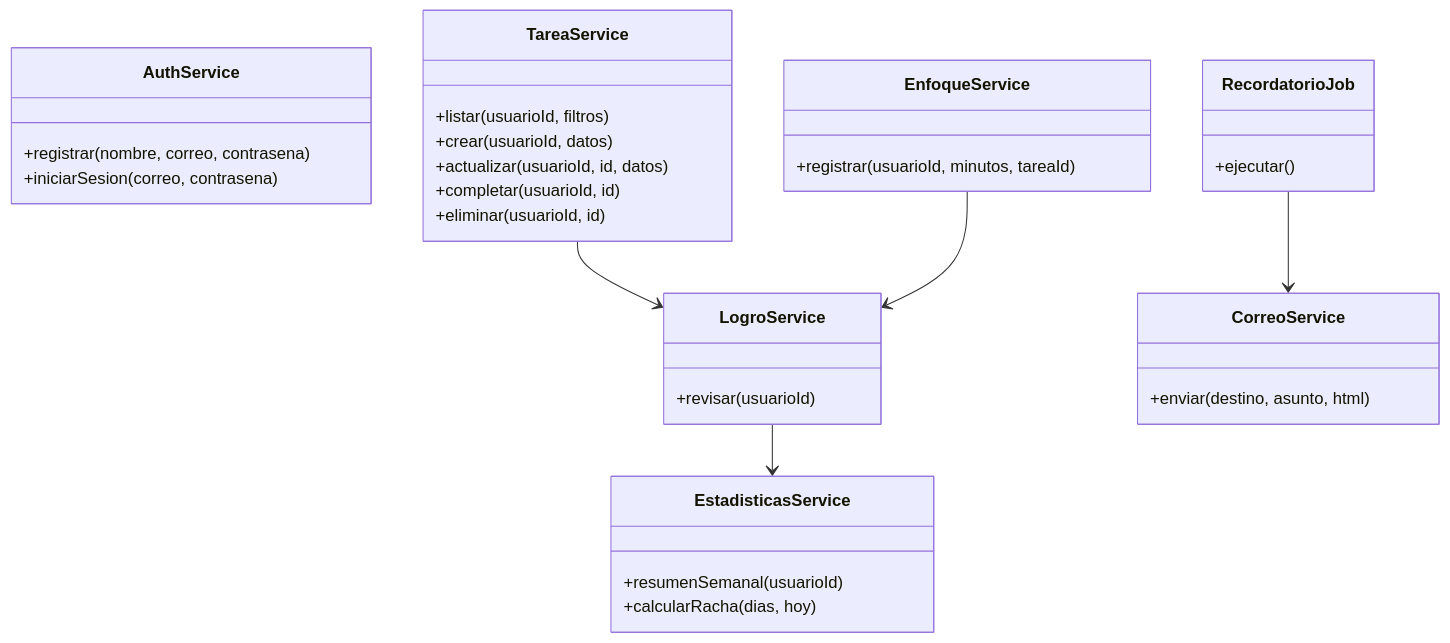
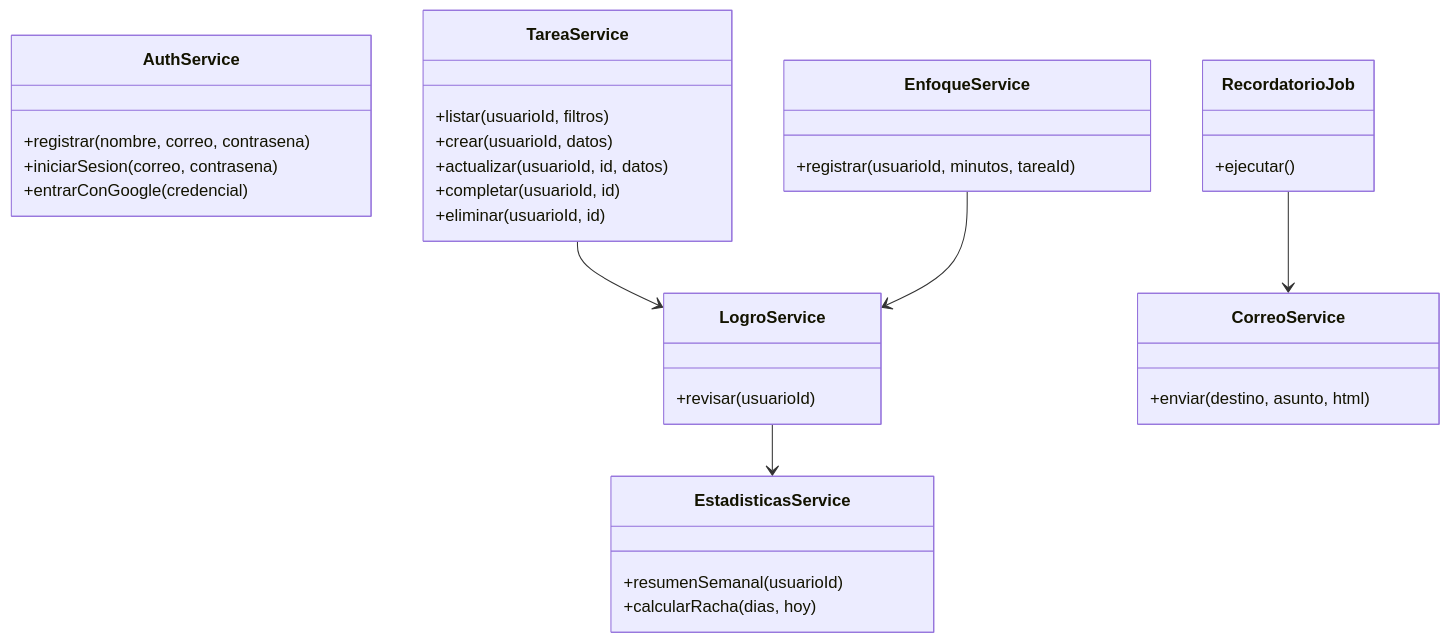
One commit to royzeer/kuadri changed the fifth of 7 diagrams in docs/02-diseno.md. Above: the diagram before and after it, drawn with Mermaid. The commit also changed other lines of this file and 23 other files, not shown here.

First line of the commit message:
Agregar entrar con Google

````diff
--- a/docs/02-diseno.md
+++ b/docs/02-diseno.md
@@ -214,34 +215,35 @@
 ```mermaid
 classDiagram
   class AuthService {
     +registrar(nombre, correo, contrasena)
     +iniciarSesion(correo, contrasena)
+    +entrarConGoogle(credencial)
   }
   class TareaService {
     +listar(usuarioId, filtros)
     +crear(usuarioId, datos)
     +actualizar(usuarioId, id, datos)
     +completar(usuarioId, id)
     +eliminar(usuarioId, id)
   }
   class EnfoqueService {
     +registrar(usuarioId, minutos, tareaId)
   }
   class EstadisticasService {
     +resumenSemanal(usuarioId)
     +calcularRacha(dias, hoy)
   }
   class LogroService {
     +revisar(usuarioId)
   }
   class RecordatorioJob {
     +ejecutar()
   }
   class CorreoService {
     +enviar(destino, asunto, html)
   }
   TareaService --> LogroService
   EnfoqueService --> LogroService
   LogroService --> EstadisticasService
   RecordatorioJob --> CorreoService
 ```
````
